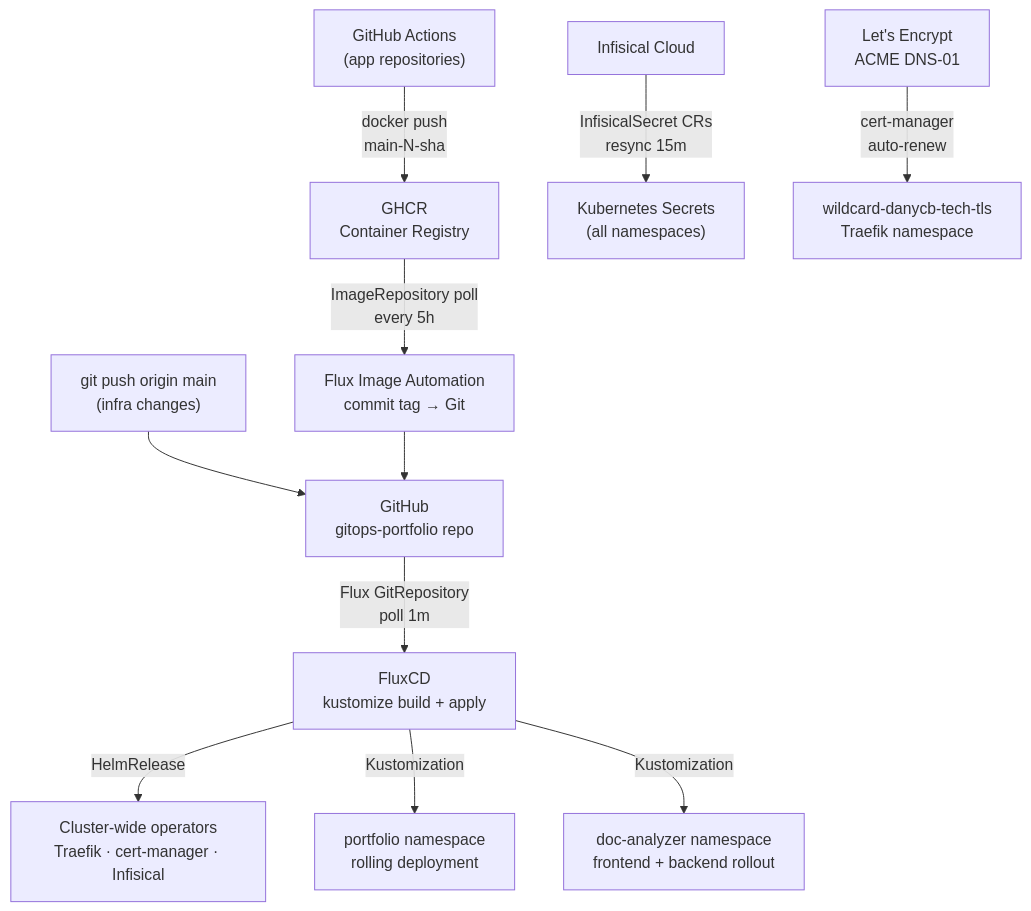
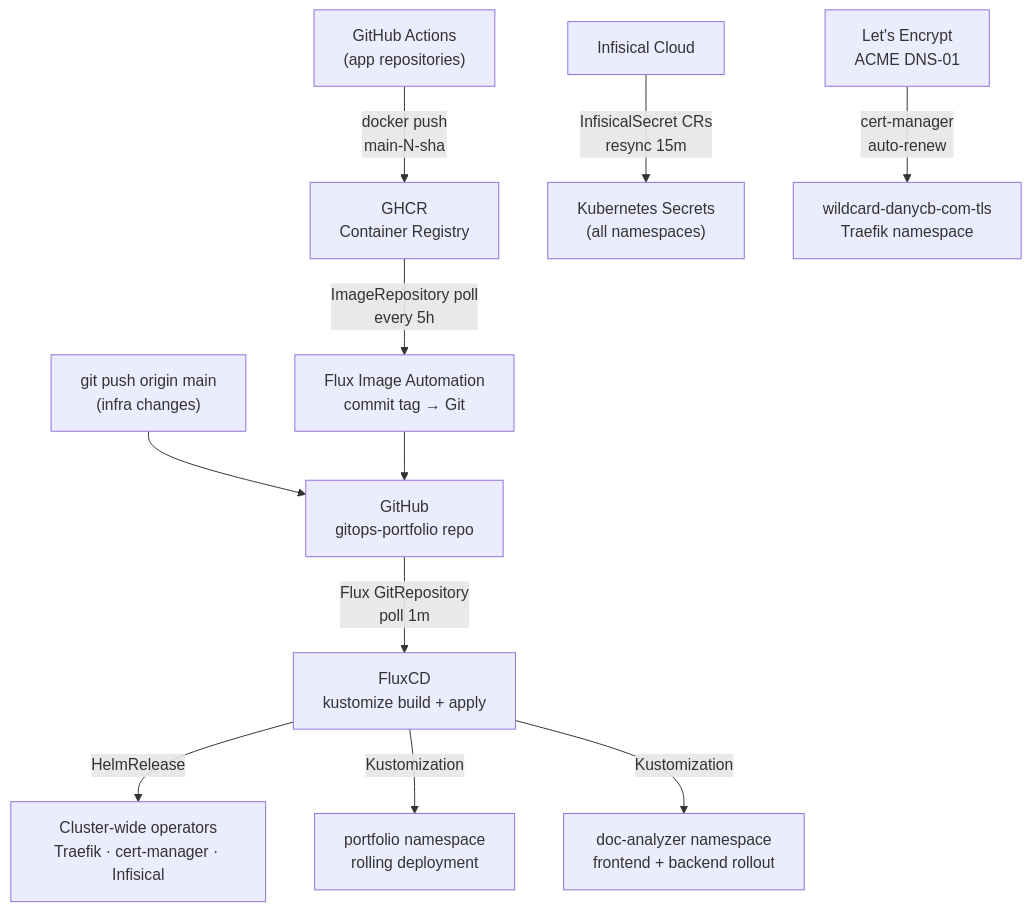
The seventh of 7 diagrams in src/app/projects/portfolio-gitops/page.mdx (idanycb/Portfolio), drawn with Mermaid before and after one commit. The commit also changed other lines of this file and 1 other file, not shown here.

Commit message:
fix: update domain references from danycb.tech to danycb.com in project documentation and data

````diff
--- a/src/app/projects/portfolio-gitops/page.mdx
+++ b/src/app/projects/portfolio-gitops/page.mdx
@@ -215,16 +215,16 @@
 ```mermaid
 flowchart TD
     DevPush["git push origin main\n(infra changes)"] --> GitRepo["GitHub\ngitops-portfolio repo"]
     AppCI["GitHub Actions\n(app repositories)"] -->|"docker push\nmain-N-sha"| GHCR["GHCR\nContainer Registry"]
 
     GitRepo -->|"Flux GitRepository\npoll 1m"| FluxSync["FluxCD\nkustomize build + apply"]
     GHCR -->|"ImageRepository poll\nevery 5h"| ImageAuto["Flux Image Automation\ncommit tag → Git"]
     ImageAuto --> GitRepo
 
     FluxSync -->|"HelmRelease"| Controllers["Cluster-wide operators\nTraefik · cert-manager · Infisical"]
     FluxSync -->|"Kustomization"| Portfolio["portfolio namespace\nrolling deployment"]
     FluxSync -->|"Kustomization"| DocAnalyzer["doc-analyzer namespace\nfrontend + backend rollout"]
 
     InfisicalCloud["Infisical Cloud"] -->|"InfisicalSecret CRs\nresync 15m"| Secrets["Kubernetes Secrets\n(all namespaces)"]
-    LetsEncrypt["Let's Encrypt\nACME DNS-01"] -->|"cert-manager\nauto-renew"| TLS["wildcard-danycb-tech-tls\nTraefik namespace"]
+    LetsEncrypt["Let's Encrypt\nACME DNS-01"] -->|"cert-manager\nauto-renew"| TLS["wildcard-danycb-com-tls\nTraefik namespace"]
 ```
````
